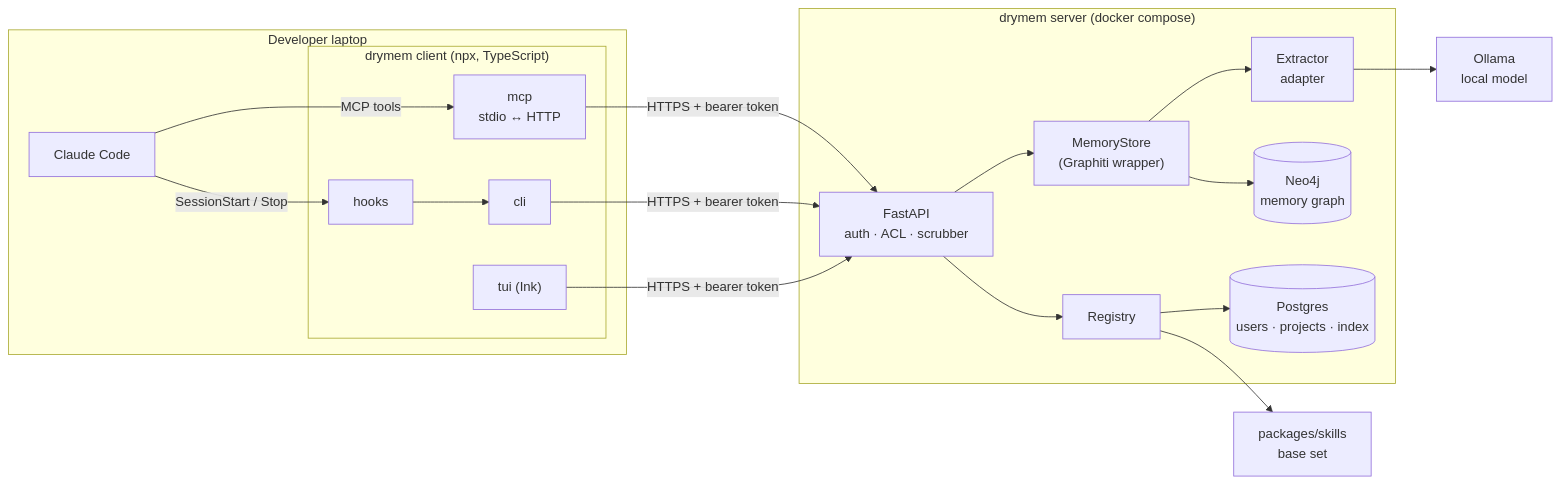
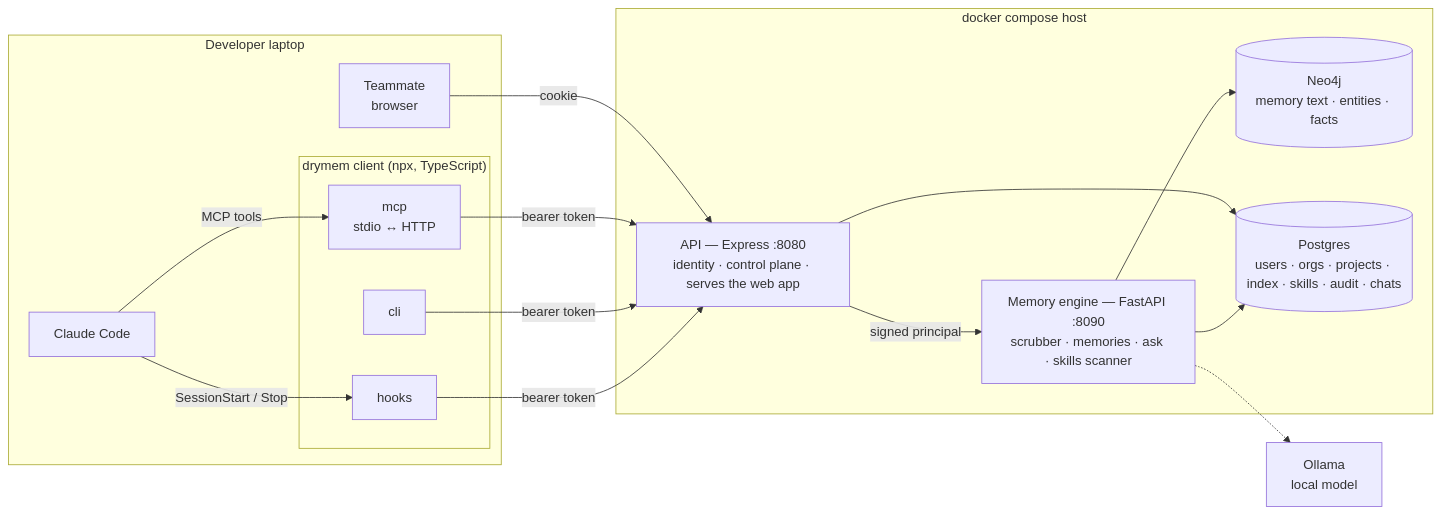
Before and after one commit to MygeldtAnjel/drymem: the first of 2 diagrams in docs/architecture.md, drawn with Mermaid. The commit also changed other lines of this file and 21 other files, not shown here.

Commit message:
docs(diagrams): map every flow with archify and refresh architecture

````diff
--- a/docs/architecture.md
+++ b/docs/architecture.md
@@ -10,33 +12,30 @@
 ```mermaid
 flowchart LR
     subgraph laptop["Developer laptop"]
+        P["Teammate<br/>browser"]
         CC["Claude Code"]
         subgraph client["drymem client (npx, TypeScript)"]
             MCP["mcp<br/>stdio ↔ HTTP"]
             CLI["cli"]
-            TUI["tui (Ink)"]
             HOOKS["hooks"]
         end
     end
 
-    subgraph server["drymem server (docker compose)"]
-        API["FastAPI<br/>auth · ACL · scrubber"]
-        STORE["MemoryStore<br/>(Graphiti wrapper)"]
-        EXT["Extractor<br/>adapter"]
-        REG["Registry"]
-        NEO[("Neo4j<br/>memory graph")]
-        PG[("Postgres<br/>users · projects · index")]
+    subgraph host["docker compose host"]
+        API["API — Express :8080<br/>identity · control plane · serves the web app"]
+        ENG["Memory engine — FastAPI :8090<br/>scrubber · memories · ask · skills scanner"]
+        NEO[("Neo4j<br/>memory text · entities · facts")]
+        PG[("Postgres<br/>users · orgs · projects · index · skills · audit · chats")]
     end
+    OLLAMA["Ollama<br/>local model"]
 
-    OLLAMA["Ollama<br/>local model"]
-    GIT["packages/skills<br/>base set"]
-
+    P -->|cookie| API
     CC -->|MCP tools| MCP
     CC -->|SessionStart / Stop| HOOKS
-    HOOKS --> CLI
-    MCP & CLI & TUI -->|HTTPS + bearer token| API
-    API --> STORE --> NEO
-    API --> REG --> PG
-    STORE --> EXT --> OLLAMA
-    REG --> GIT
+    MCP & CLI & HOOKS -->|bearer token| API
+    API -->|signed principal| ENG
+    API --> PG
+    ENG --> PG
+    ENG --> NEO
+    ENG -.-> OLLAMA
 ```
````
